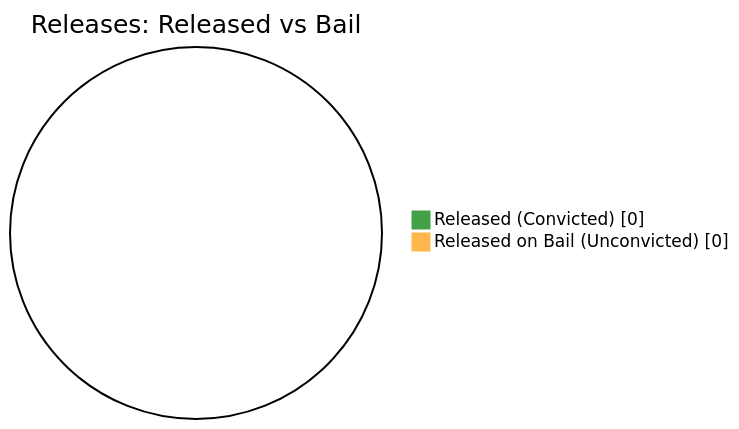
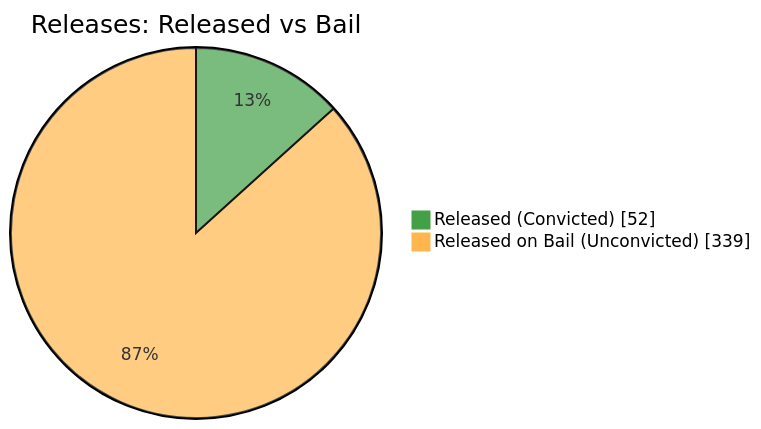
One commit to nuuuwan/lk_prisons changed the fifth of 7 diagrams in README.md. Above: the diagram before and after it, drawn with Mermaid. The commit also changed other lines of this file and 1 other file, not shown here.

````diff
--- a/README.md
+++ b/README.md
@@ -87,6 +87,6 @@
 ```mermaid
 %%{init: {'themeVariables': {'pie1': '#43A047', 'pie2': '#FFB74D'}}}%%
 pie showData title Releases: Released vs Bail
-    "Released (Convicted)" : 0
-    "Released on Bail (Unconvicted)" : 0
+    "Released (Convicted)" : 52
+    "Released on Bail (Unconvicted)" : 339
 ```
````
